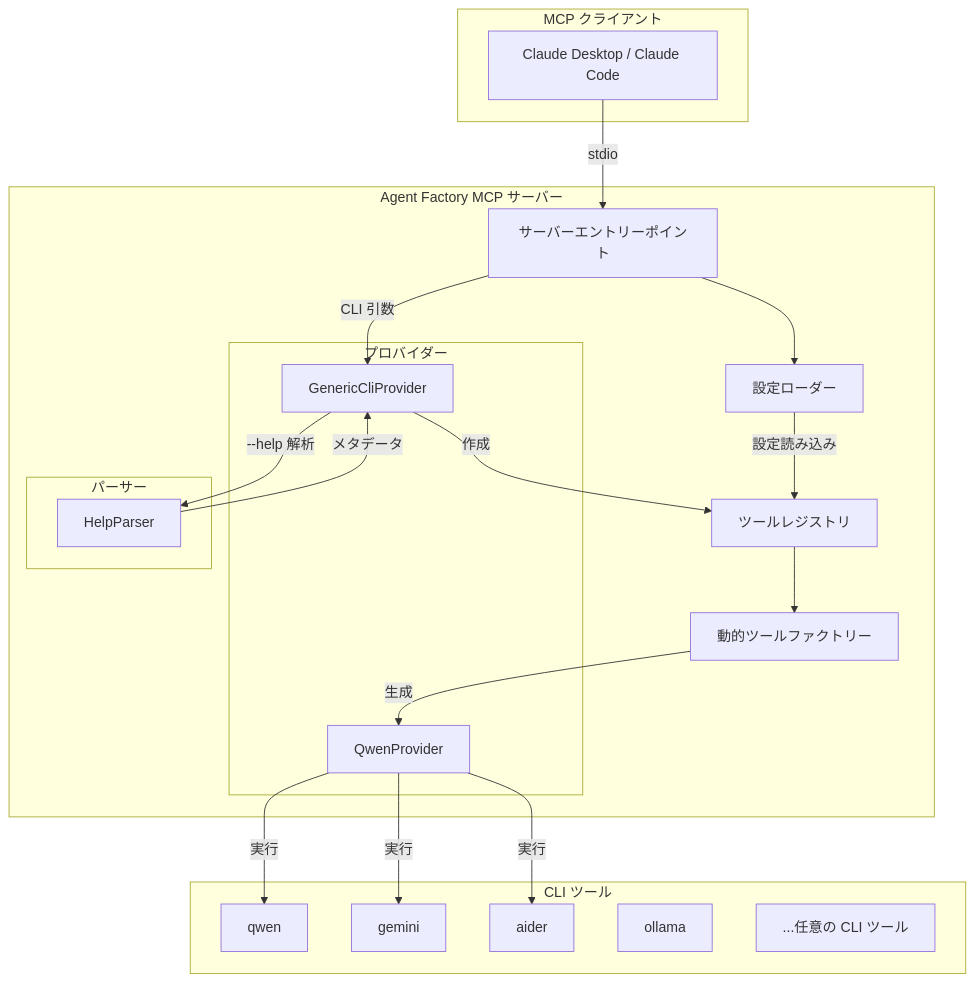
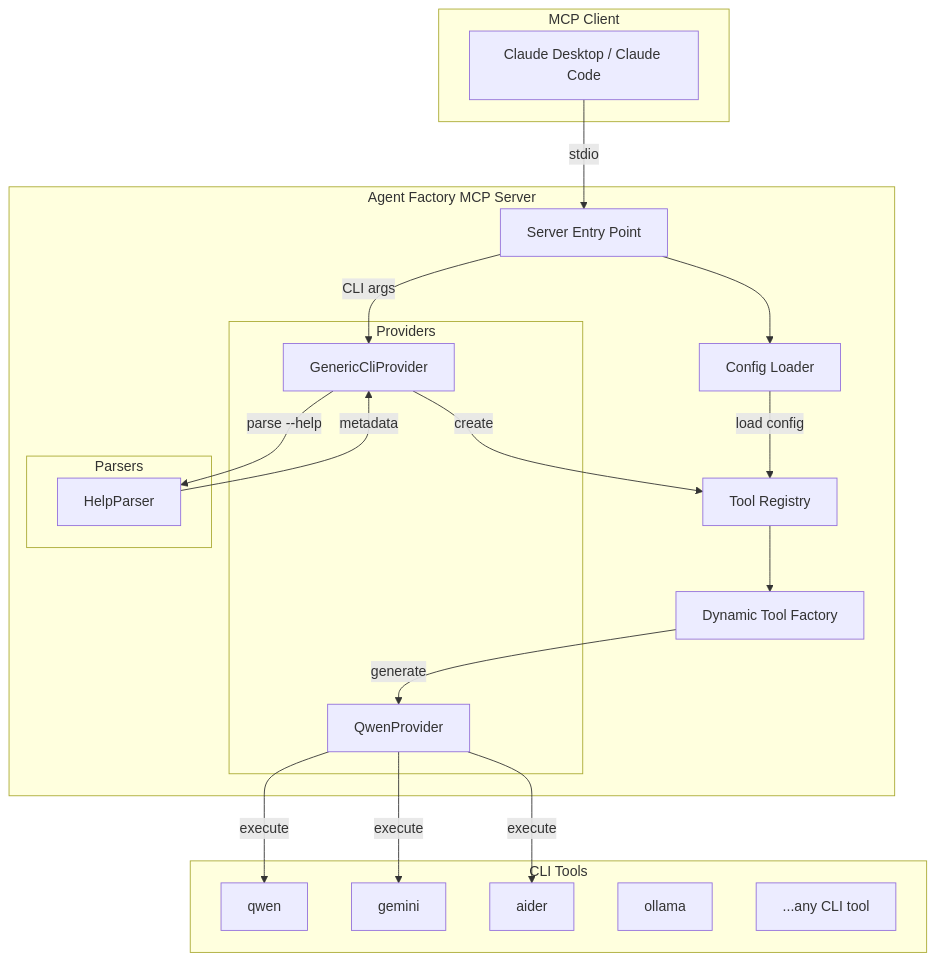
One commit to utenadev/agent-factory-mcp changed the first of 2 diagrams in README.ja.md. Above: the diagram before and after it, drawn with Mermaid. The commit also changed other lines of this file and 1 other file, not shown here.

````diff
--- a/README.ja.md
+++ b/README.ja.md
@@ -22,43 +23,43 @@
 ```mermaid
 graph TB
-    subgraph "MCP クライアント"
+    subgraph "MCP Client"
         A[Claude Desktop / Claude Code]
     end
 
-    subgraph "Agent Factory MCP サーバー"
-        B[サーバーエントリーポイント]
-        C[設定ローダー]
-        D[ツールレジストリ]
-        E[動的ツールファクトリー]
+    subgraph "Agent Factory MCP Server"
+        B[Server Entry Point]
+        C[Config Loader]
+        D[Tool Registry]
+        E[Dynamic Tool Factory]
 
-        subgraph "プロバイダー"
+        subgraph "Providers"
             F[QwenProvider]
             G[GenericCliProvider]
         end
 
-        subgraph "パーサー"
+        subgraph "Parsers"
             H[HelpParser]
         end
     end
 
-    subgraph "CLI ツール"
+    subgraph "CLI Tools"
         I[qwen]
         J[gemini]
         K[aider]
         L[ollama]
-        M[...任意の CLI ツール]
+        M[...any CLI tool]
     end
 
     A -->|stdio| B
     B --> C
-    B -->|CLI 引数| G
-    C -->|設定読み込み| D
-    G -->|作成| D
+    B -->|CLI args| G
+    C -->|load config| D
+    G -->|create| D
     D --> E
-    E -->|生成| F
-    F -->|実行| I
-    F -->|実行| J
-    F -->|実行| K
-    G -->|--help 解析| H
-    H -->|メタデータ| G
+    E -->|generate| F
+    F -->|execute| I
+    F -->|execute| J
+    F -->|execute| K
+    G -->|parse --help| H
+    H -->|metadata| G
 ```
````
